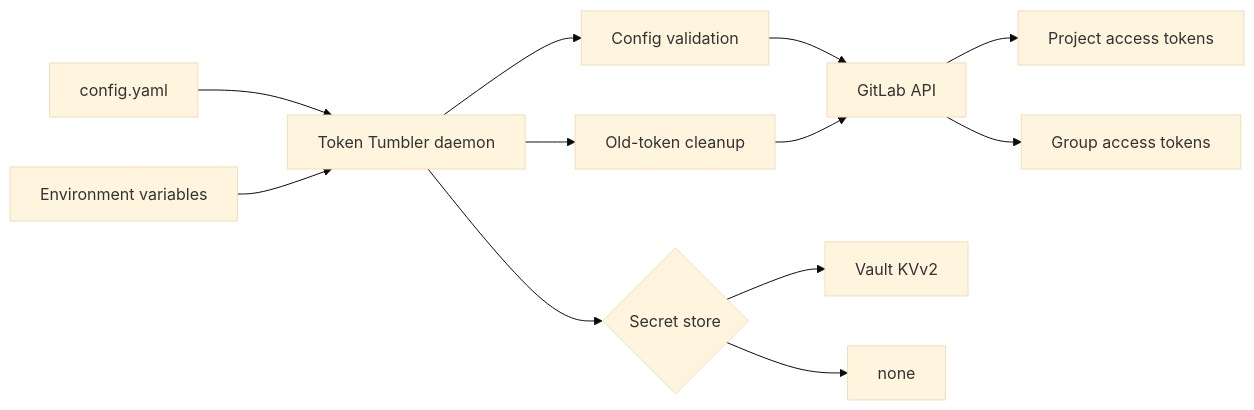
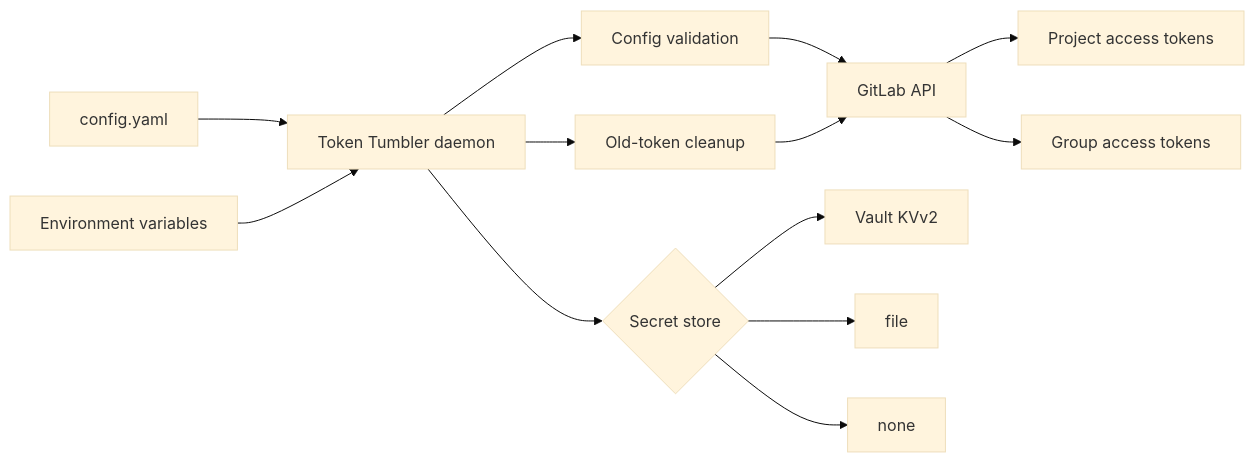
Before and after one commit to Nabsku/token-tumbler: the first of 4 diagrams in README.md, drawn with Mermaid (base theme). The commit also changed other lines of this file, not shown here.

````diff
--- a/README.md
+++ b/README.md
@@ -19,18 +20,19 @@
 ```mermaid
 flowchart LR
     Config[config.yaml] --> Daemon[Token Tumbler daemon]
     Env[Environment variables] --> Daemon
 
     Daemon --> Validator[Config validation]
     Validator --> GitLab[GitLab API]
 
     GitLab --> Projects[Project access tokens]
     GitLab --> Groups[Group access tokens]
 
     Daemon --> Secrets{Secret store}
     Secrets --> Vault[Vault KVv2]
+    Secrets --> File[file]
     Secrets --> None[none]
 
     Daemon --> Cleanup[Old-token cleanup]
     Cleanup --> GitLab
 ```
````
